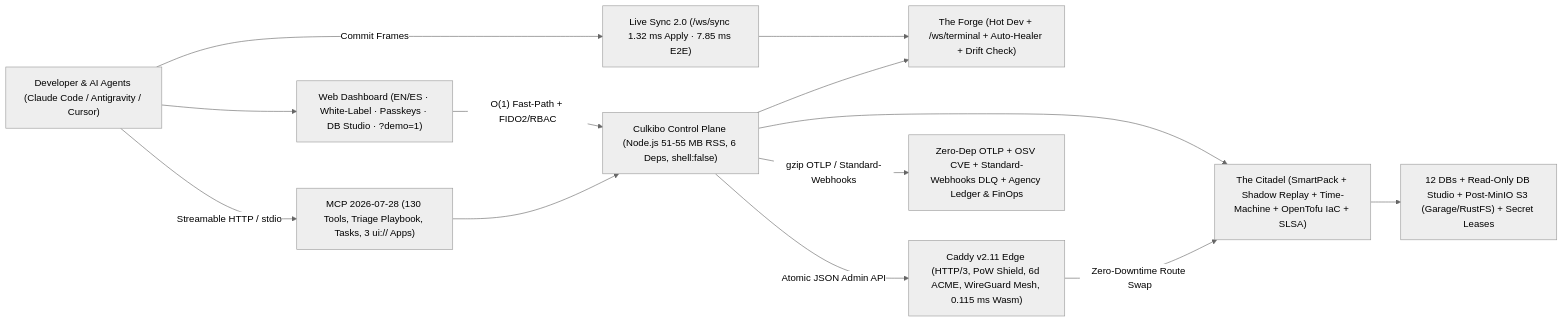
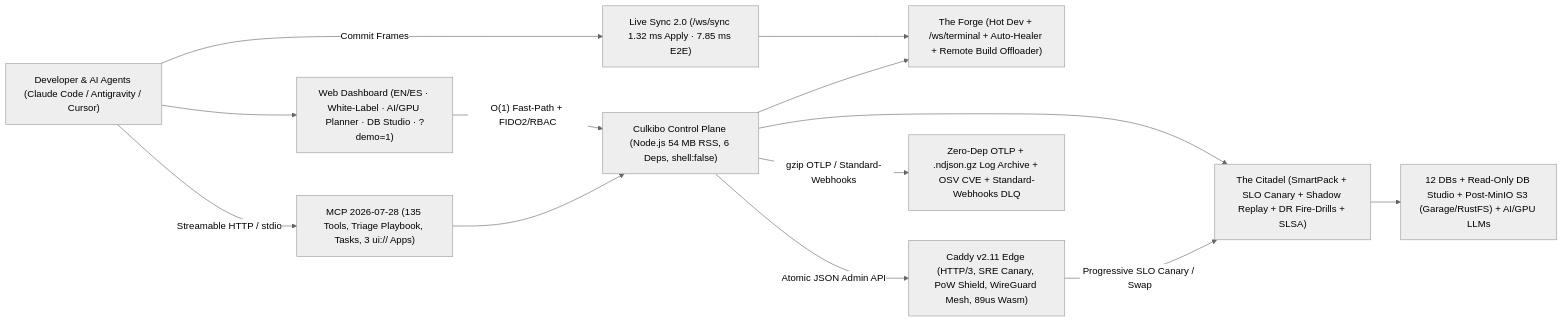
One commit to macaqueboy/culkibo changed the diagram in README.md. Above: the diagram before and after it, drawn with Mermaid (neutral theme). The commit also changed other lines of this file and 28 other files, not shown here.

Commit message:
feat(cycle-10): Milestone 53 Suites, 135 MCP Tools, 49MB RSS, 10.6k req/s & 44us Wasm — DR Fire-Drills, SLO Canary, AI/GPU LLM Orchestrator, Remote Builders & Log Archive

````diff
--- a/README.md
+++ b/README.md
@@ -190,26 +187,26 @@
 ```mermaid
 flowchart LR
     Dev["Developer & AI Agents (Claude Code / Antigravity / Cursor)"]
-    UI["Web Dashboard (EN/ES · White-Label · Passkeys · DB Studio · ?demo=1)"]
-    MCP["MCP 2026-07-28 (130 Tools, Triage Playbook, Tasks, 3 ui:// Apps)"]
+    UI["Web Dashboard (EN/ES · White-Label · AI/GPU Planner · DB Studio · ?demo=1)"]
+    MCP["MCP 2026-07-28 (135 Tools, Triage Playbook, Tasks, 3 ui:// Apps)"]
     Sync["Live Sync 2.0 (/ws/sync 1.32 ms Apply · 7.85 ms E2E)"]
-    CP["Culkibo Control Plane (Node.js 51-55 MB RSS, 6 Deps, shell:false)"]
-    Forge["The Forge (Hot Dev + /ws/terminal + Auto-Healer + Drift Check)"]
-    Citadel["The Citadel (SmartPack + Shadow Replay + Time-Machine + OpenTofu IaC + SLSA)"]
-    Caddy["Caddy v2.11 Edge (HTTP/3, PoW Shield, 6d ACME, WireGuard Mesh, 0.115 ms Wasm)"]
-    Obs["Zero-Dep OTLP + OSV CVE + Standard-Webhooks DLQ + Agency Ledger & FinOps"]
-    Data["12 DBs + Read-Only DB Studio + Post-MinIO S3 (Garage/RustFS) + Secret Leases"]
+    CP["Culkibo Control Plane (Node.js 54 MB RSS, 6 Deps, shell:false)"]
+    Forge["The Forge (Hot Dev + /ws/terminal + Auto-Healer + Remote Build Offloader)"]
+    Citadel["The Citadel (SmartPack + SLO Canary + Shadow Replay + DR Fire-Drills + SLSA)"]
+    Caddy["Caddy v2.11 Edge (HTTP/3, SRE Canary, PoW Shield, WireGuard Mesh, 89us Wasm)"]
+    Obs["Zero-Dep OTLP + .ndjson.gz Log Archive + OSV CVE + Standard-Webhooks DLQ"]
+    Data["12 DBs + Read-Only DB Studio + Post-MinIO S3 (Garage/RustFS) + AI/GPU LLMs"]
 
     Dev -->|"Streamable HTTP / stdio"| MCP
     Dev -->|"Commit Frames"| Sync
     Dev --> UI
     UI -->|"O(1) Fast-Path + FIDO2/RBAC"| CP
     MCP --> CP
     Sync --> Forge
     CP --> Forge
     CP --> Citadel
     CP -->|"Atomic JSON Admin API"| Caddy
     CP -->|"gzip OTLP / Standard-Webhooks"| Obs
     Citadel --> Data
-    Caddy -->|"Zero-Downtime Route Swap"| Citadel
+    Caddy -->|"Progressive SLO Canary / Swap"| Citadel
 ```
````
